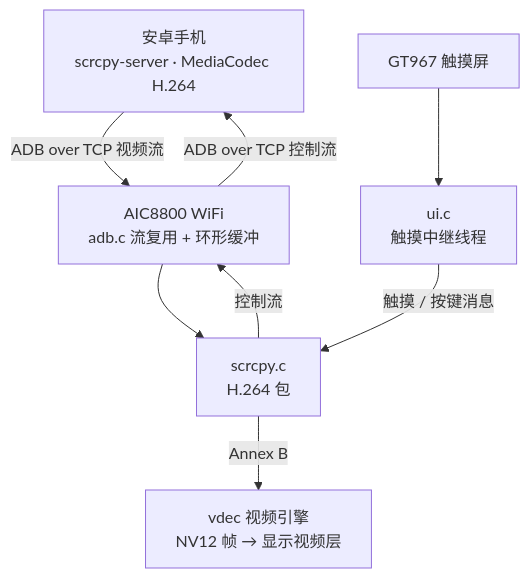
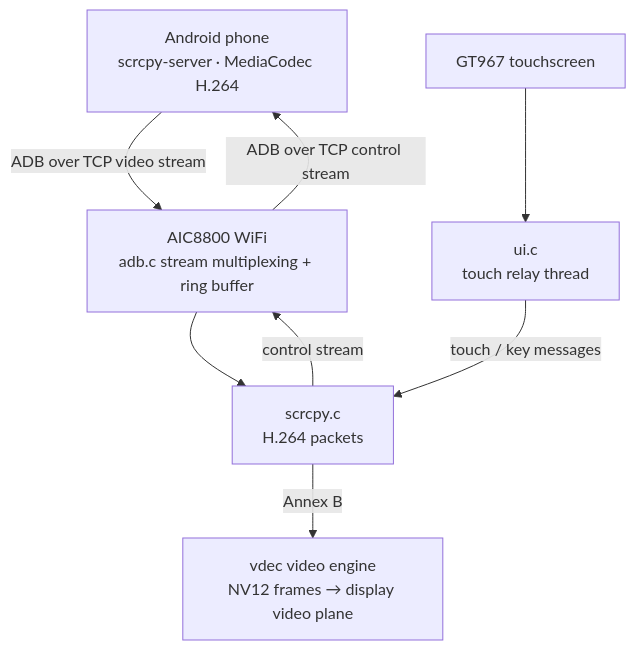
Before and after one commit to YuzukiHD/YuzukiNeko: the first of 5 diagrams in docs/src/content/docs/dev/zephyr/apps/android-mirror.md, drawn with Mermaid. The commit also changed other lines of this file and 216 other files, not shown here.

````diff
--- a/docs/src/content/docs/dev/zephyr/apps/android-mirror.md
+++ b/docs/src/content/docs/dev/zephyr/apps/android-mirror.md
@@ -7,10 +7,10 @@
 ```mermaid
 flowchart TB
-    PHONE["安卓手机<br/>scrcpy-server · MediaCodec H.264"] -->|"ADB over TCP 视频流"| ADB["AIC8800 WiFi<br/>adb.c 流复用 + 环形缓冲"]
-    TOUCH["GT967 触摸屏"] --> RELAY["ui.c<br/>触摸中继线程"]
-    ADB --> SC["scrcpy.c<br/>H.264 包"]
-    RELAY -->|"触摸 / 按键消息"| SC
-    SC -->|"Annex B"| VDEC["vdec 视频引擎<br/>NV12 帧 → 显示视频层"]
-    SC -->|"控制流"| ADB
-    ADB -->|"ADB over TCP 控制流"| PHONE
+    PHONE["Android phone<br/>scrcpy-server · MediaCodec H.264"] -->|"ADB over TCP video stream"| ADB["AIC8800 WiFi<br/>adb.c stream multiplexing + ring buffer"]
+    TOUCH["GT967 touchscreen"] --> RELAY["ui.c<br/>touch relay thread"]
+    ADB --> SC["scrcpy.c<br/>H.264 packets"]
+    RELAY -->|"touch / key messages"| SC
+    SC -->|"Annex B"| VDEC["vdec video engine<br/>NV12 frames → display video plane"]
+    SC -->|"control stream"| ADB
+    ADB -->|"ADB over TCP control stream"| PHONE
 ```
````
